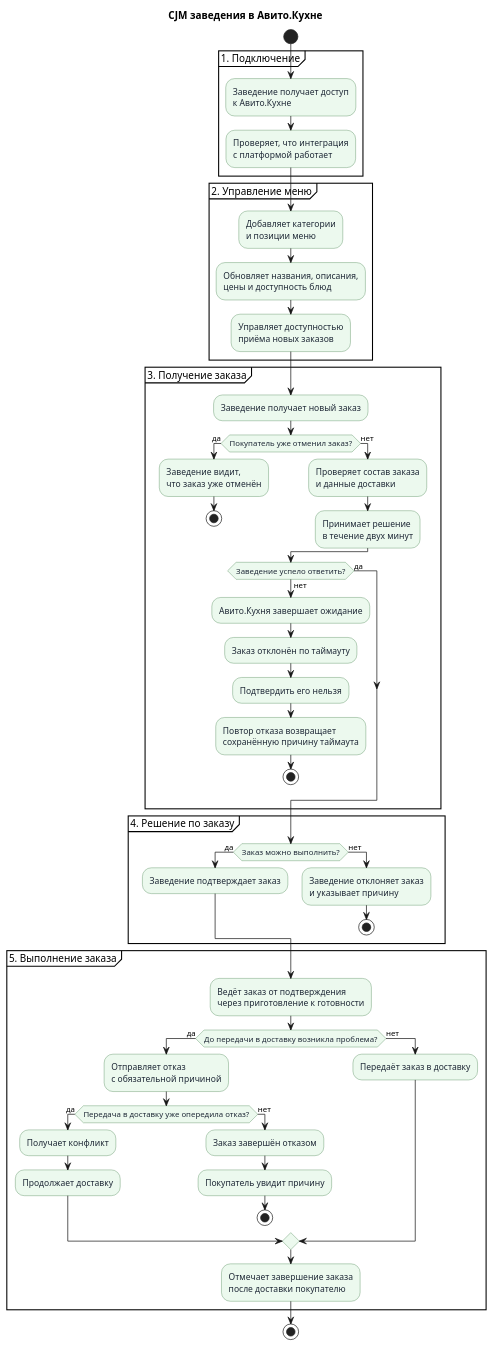
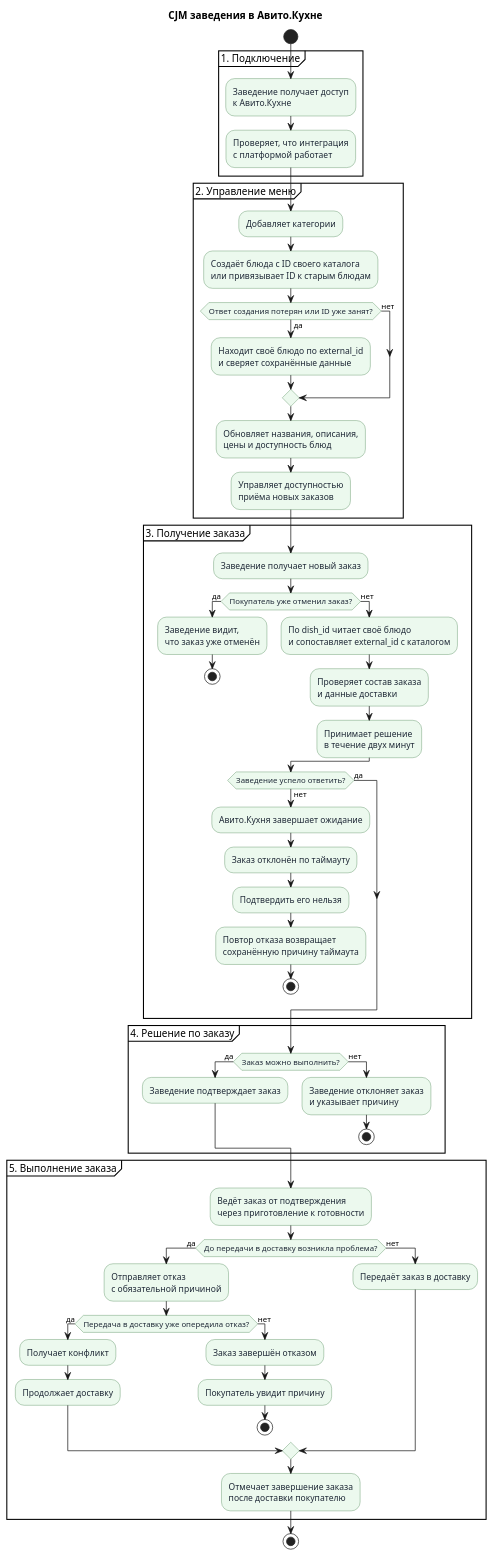
The diagram in docs/diagrams/establishment-cjm.puml (DevDashkovsky/kitchen-avito), drawn with PlantUML before and after one commit. The commit also changed 25 other files, not shown here.

Commit message:
feat(menu): support restaurant external dish identifiers

```diff
--- a/docs/diagrams/establishment-cjm.puml
+++ b/docs/diagrams/establishment-cjm.puml
@@ -1,86 +1,94 @@
 @startuml
 title CJM заведения в Авито.Кухне
 
 skinparam backgroundColor #FFFFFF
 skinparam activity {
   BackgroundColor #ECF9EE
   BorderColor #3E7C45
   FontColor #1F2937
 }
 
 start
 
 partition "1. Подключение" {
   :Заведение получает доступ
   к Авито.Кухне;
   :Проверяет, что интеграция
   с платформой работает;
 }
 
 partition "2. Управление меню" {
-  :Добавляет категории
-  и позиции меню;
+  :Добавляет категории;
+  :Создаёт блюда с ID своего каталога
+  или привязывает ID к старым блюдам;
+  if (Ответ создания потерян или ID уже занят?) then (да)
+    :Находит своё блюдо по external_id
+    и сверяет сохранённые данные;
+  else (нет)
+  endif
   :Обновляет названия, описания,
   цены и доступность блюд;
   :Управляет доступностью
   приёма новых заказов;
 }
 
 partition "3. Получение заказа" {
   :Заведение получает новый заказ;
 
   if (Покупатель уже отменил заказ?) then (да)
     :Заведение видит,
     что заказ уже отменён;
     stop
   else (нет)
+    :По dish_id читает своё блюдо
+    и сопоставляет external_id с каталогом;
     :Проверяет состав заказа
     и данные доставки;
     :Принимает решение
     в течение двух минут;
   endif
 
   if (Заведение успело ответить?) then (да)
   else (нет)
     :Авито.Кухня завершает ожидание;
     :Заказ отклонён по таймауту;
     :Подтвердить его нельзя;
     :Повтор отказа возвращает
     сохранённую причину таймаута;
     stop
   endif
 }
 
 partition "4. Решение по заказу" {
   if (Заказ можно выполнить?) then (да)
     :Заведение подтверждает заказ;
   else (нет)
     :Заведение отклоняет заказ
     и указывает причину;
     stop
   endif
 }
 
 partition "5. Выполнение заказа" {
   :Ведёт заказ от подтверждения
   через приготовление к готовности;
   if (До передачи в доставку возникла проблема?) then (да)
     :Отправляет отказ
     с обязательной причиной;
     if (Передача в доставку уже опередила отказ?) then (да)
       :Получает конфликт;
       :Продолжает доставку;
     else (нет)
       :Заказ завершён отказом;
       :Покупатель увидит причину;
       stop
     endif
   else (нет)
     :Передаёт заказ в доставку;
   endif
   :Отмечает завершение заказа
   после доставки покупателю;
 }
 
 stop
 @enduml
```
